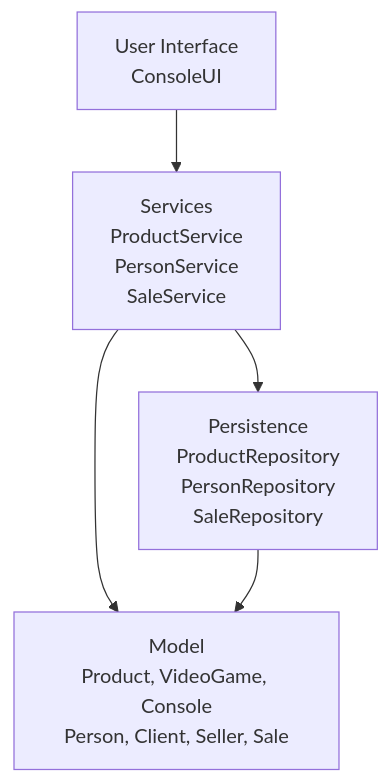
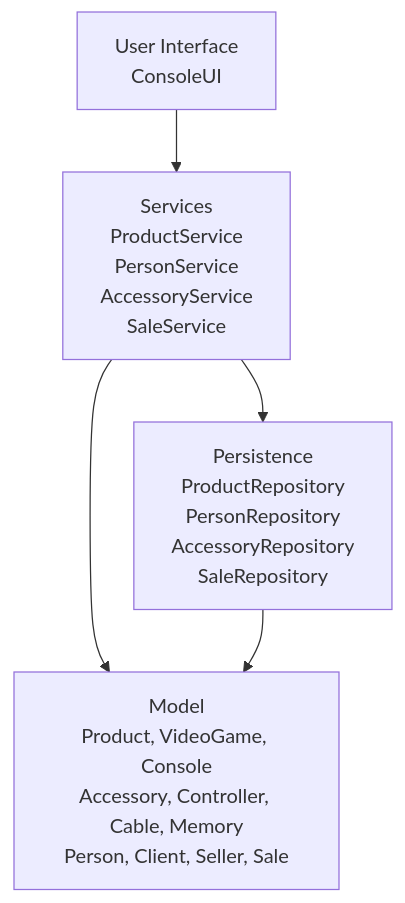
One commit to gabrielxv/taller-gamezone-unicesar changed the diagram in docs/layers-diagram.md. Above: the diagram before and after it, drawn with Mermaid.

Commit message:
feat: integrate accessory module into layers-diagram.md

````diff
--- a/docs/layers-diagram.md
+++ b/docs/layers-diagram.md
@@ -3,11 +3,11 @@
 ```mermaid
 flowchart TB
     UI[User Interface<br/>ConsoleUI]
-    S[Services<br/>ProductService<br/>PersonService<br/>SaleService]
-    P[Persistence<br/>ProductRepository<br/>PersonRepository<br/>SaleRepository]
-    M[Model<br/>Product, VideoGame, Console<br/>Person, Client, Seller, Sale]
+    S[Services<br/>ProductService<br/>PersonService<br/>AccessoryService<br/>SaleService]
+    P[Persistence<br/>ProductRepository<br/>PersonRepository<br/>AccessoryRepository<br/>SaleRepository]
+    M[Model<br/>Product, VideoGame, Console<br/>Accessory, Controller, Cable, Memory<br/>Person, Client, Seller, Sale]
     UI --> S
     S --> P
     S --> M
     P --> M
 ```
````
